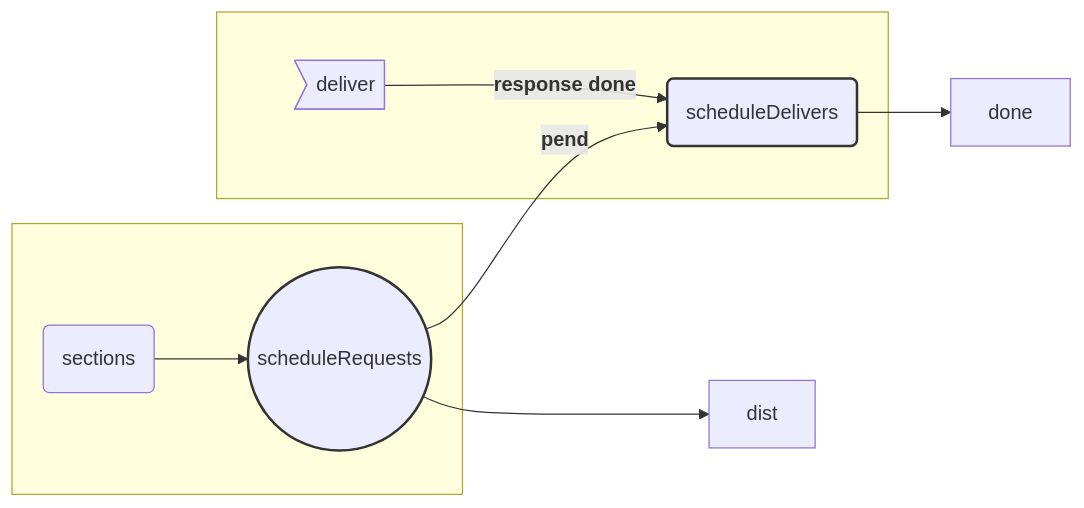
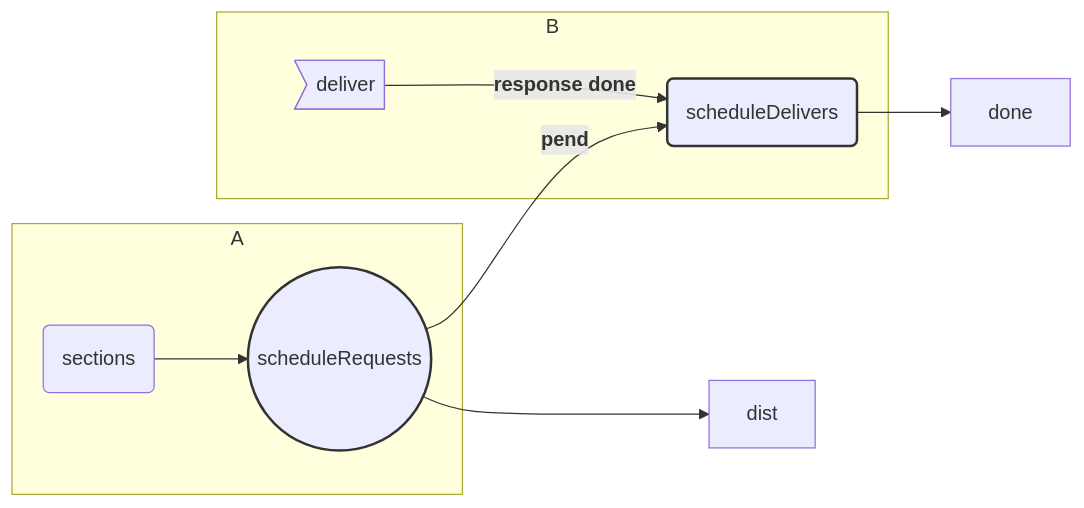
One commit to agiletechvn/go-ethereum-code-analysis changed the diagram in core-bloombits-analysis.md. Above: the diagram before and after it, drawn with Mermaid.

Commit message:
can not be empty label

````diff
--- a/core-bloombits-analysis.md
+++ b/core-bloombits-analysis.md
@@ -97,21 +97,21 @@
 ```mermaid
 graph LR
 
-subgraph " "
+subgraph "A"
   id1(sections)
   id2((scheduleRequests))
 end
 id1 --> id2
 id2 --> dist
 
-subgraph " "
+subgraph "B"
   id3(scheduleDelivers)
   id4>deliver]
 end
 id2 --<b>pend</b>--> id3
 id4 --<b>response done</b>--> id3
 id3 --> done
 
 style id2 stroke: #333, stroke-width:2px;
 style id3 stroke: #333, stroke-width:2px;
 ```
````
